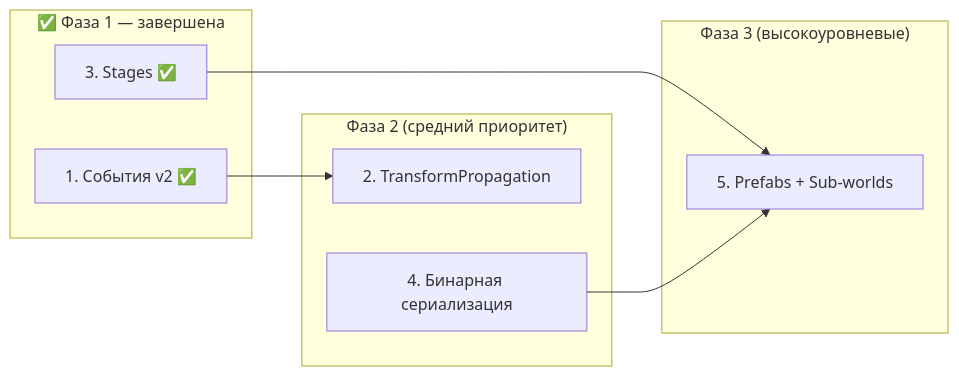
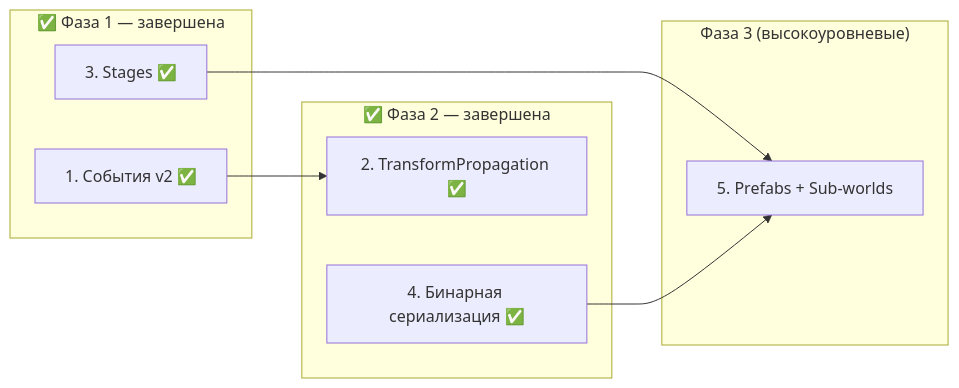
The second of 2 diagrams in plans/feature_plan.md (StanislavMal/apex-ecs), drawn with Mermaid before and after one commit. The commit also changed other lines of this file and 7 other files, not shown here.

````diff
--- a/plans/feature_plan.md
+++ b/plans/feature_plan.md
@@ -370,18 +401,18 @@
 ```mermaid
 graph LR
     subgraph "✅ Фаза 1 — завершена"
         A["1. События v2 ✅"]
         C["3. Stages ✅"]
     end
-    subgraph "Фаза 2 (средний приоритет)"
-        B["2. TransformPropagation"]
-        D["4. Бинарная сериализация"]
+    subgraph "✅ Фаза 2 — завершена"
+        B["2. TransformPropagation ✅"]
+        D["4. Бинарная сериализация ✅"]
     end
     subgraph "Фаза 3 (высокоуровневые)"
         E["5. Prefabs + Sub-worlds"]
     end
     
     A --> B
     C --> E
     D --> E
 ```
````
